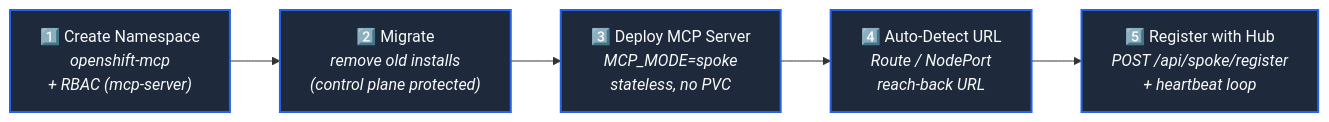
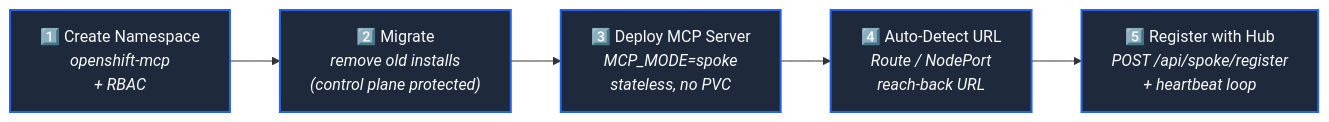
The eighth of 9 diagrams in README.md (cskaruppu/Openshift-mcp-server), drawn with Mermaid before and after one commit. The commit also changed other lines of this file and 6 other files, not shown here.

````diff
--- a/README.md
+++ b/README.md
@@ -576,10 +576,10 @@
 ```mermaid
 flowchart LR
-    A["1️⃣ Create Namespace<br/><i>openshift-mcp<br/>+ RBAC (mcp-server)</i>"] --> B["2️⃣ Migrate<br/><i>remove old installs<br/>(control plane protected)</i>"]
+    A["1️⃣ Create Namespace<br/><i>openshift-mcp<br/>+ RBAC</i>"] --> B["2️⃣ Migrate<br/><i>remove old installs<br/>(control plane protected)</i>"]
     B --> C["3️⃣ Deploy MCP Server<br/><i>MCP_MODE=spoke<br/>stateless, no PVC</i>"]
     C --> D["4️⃣ Auto-Detect URL<br/><i>Route / NodePort<br/>reach-back URL</i>"]
     D --> E["5️⃣ Register with Hub<br/><i>POST /api/spoke/register<br/>+ heartbeat loop</i>"]
 
     classDef step fill:#1E293B,stroke:#2563EB,color:#F8FAFC,stroke-width:2px
     class A,B,C,D,E step
 ```
````
